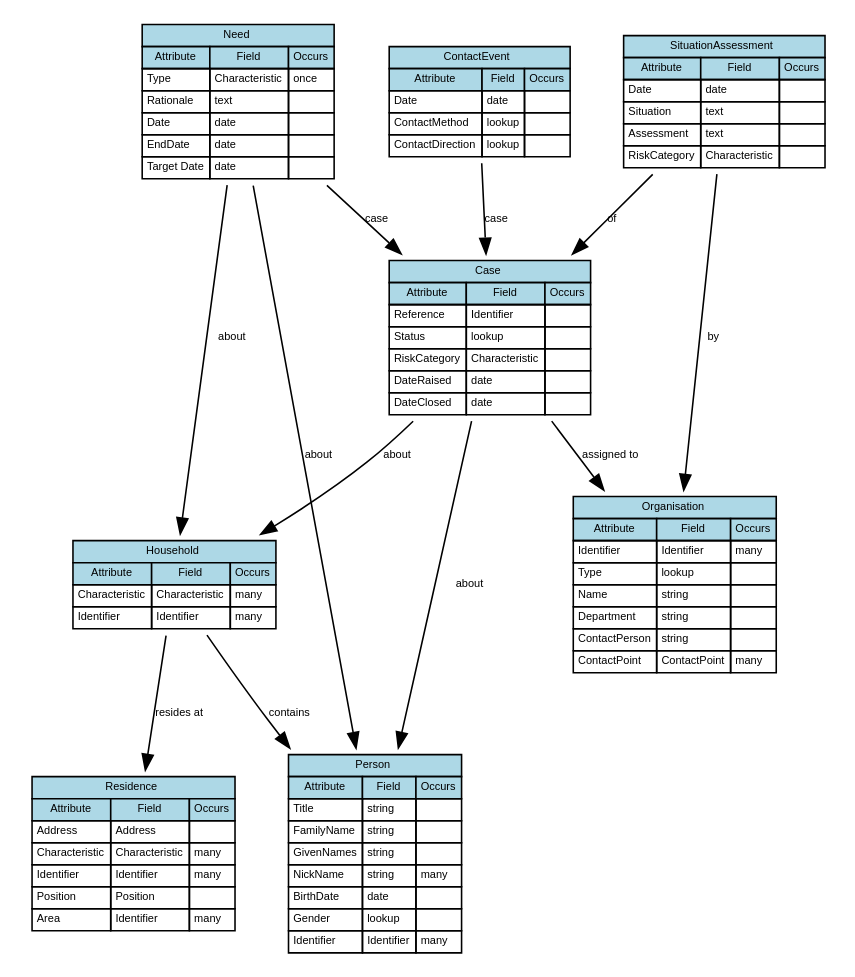
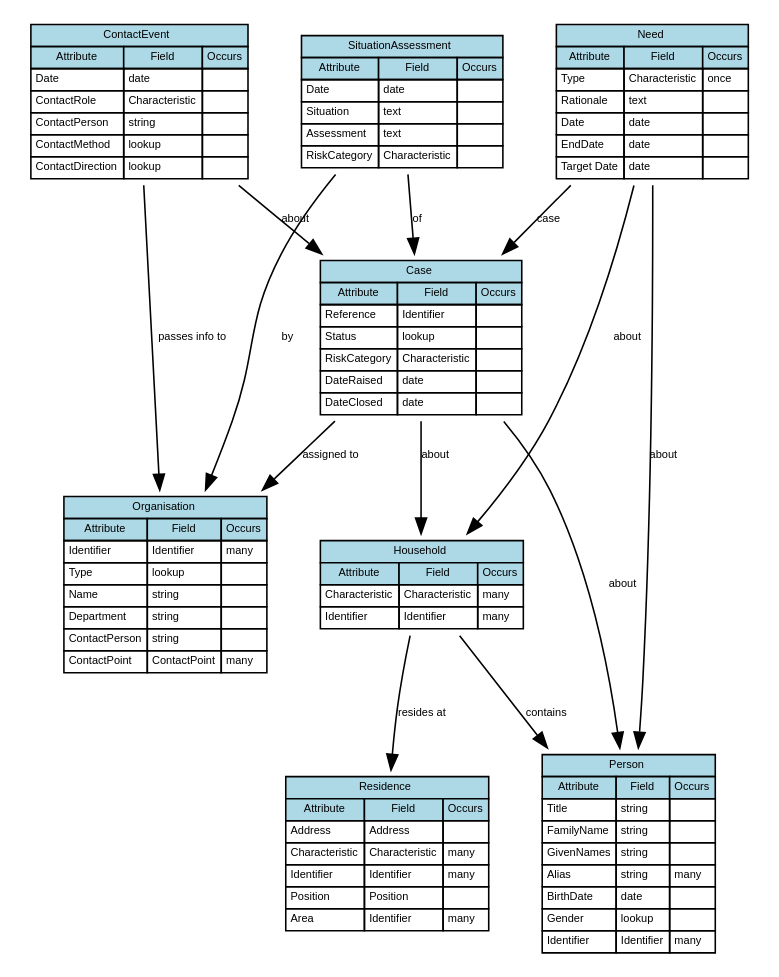
One commit to PaulDav/ModelVisual changed the diagram in graph_output/use_cases/Assess a Case.gv. Above: the diagram before and after it, drawn with Graphviz. The commit also changed 54 other files, not shown here.

Commit message:
Added Entity Attributes Regenerated diagrams and csv

```diff
--- a/graph_output/use_cases/Assess a Case.gv
+++ b/graph_output/use_cases/Assess a Case.gv
@@ -1,24 +1,25 @@
 digraph {
 	graph [overlap=false splines=true]
 	node [black=black color=black fillcolor=lightblue fontname=Arial fontsize=7]
 	edge [fontname=Arial fontsize=7 labelfontname=Arial labelfontsize=7 len=3.0]
 	Case [label=<<table border='0' cellborder='1' cellspacing='0'><tr><td colspan='3' bgcolor='lightblue'> Case</td></tr><tr><td bgcolor='lightblue'>Attribute</td><td bgcolor='lightblue'>Field</td><td bgcolor='lightblue'>Occurs</td></tr><tr><td align='left' balign='left' valign='top'>Reference</td><td align='left' balign='left' valign='top'>Identifier</td><td align='left' balign='left' valign='top'></td></tr><tr><td align='left' balign='left' valign='top'>Status</td><td align='left' balign='left' valign='top'>lookup</td><td align='left' balign='left' valign='top'></td></tr><tr><td align='left' balign='left' valign='top'>RiskCategory</td><td align='left' balign='left' valign='top'>Characteristic</td><td align='left' balign='left' valign='top'></td></tr><tr><td align='left' balign='left' valign='top'>DateRaised</td><td align='left' balign='left' valign='top'>date</td><td align='left' balign='left' valign='top'></td></tr><tr><td align='left' balign='left' valign='top'>DateClosed</td><td align='left' balign='left' valign='top'>date</td><td align='left' balign='left' valign='top'></td></tr></table>> URL="#Case" shape=plaintext]
-	ContactEvent [label=<<table border='0' cellborder='1' cellspacing='0'><tr><td colspan='3' bgcolor='lightblue'> ContactEvent</td></tr><tr><td bgcolor='lightblue'>Attribute</td><td bgcolor='lightblue'>Field</td><td bgcolor='lightblue'>Occurs</td></tr><tr><td align='left' balign='left' valign='top'>Date</td><td align='left' balign='left' valign='top'>date</td><td align='left' balign='left' valign='top'></td></tr><tr><td align='left' balign='left' valign='top'>ContactMethod</td><td align='left' balign='left' valign='top'>lookup</td><td align='left' balign='left' valign='top'></td></tr><tr><td align='left' balign='left' valign='top'>ContactDirection</td><td align='left' balign='left' valign='top'>lookup</td><td align='left' balign='left' valign='top'></td></tr></table>> URL="#ContactEvent" shape=plaintext]
+	ContactEvent [label=<<table border='0' cellborder='1' cellspacing='0'><tr><td colspan='3' bgcolor='lightblue'> ContactEvent</td></tr><tr><td bgcolor='lightblue'>Attribute</td><td bgcolor='lightblue'>Field</td><td bgcolor='lightblue'>Occurs</td></tr><tr><td align='left' balign='left' valign='top'>Date</td><td align='left' balign='left' valign='top'>date</td><td align='left' balign='left' valign='top'></td></tr><tr><td align='left' balign='left' valign='top'>ContactRole</td><td align='left' balign='left' valign='top'>Characteristic</td><td align='left' balign='left' valign='top'></td></tr><tr><td align='left' balign='left' valign='top'>ContactPerson</td><td align='left' balign='left' valign='top'>string</td><td align='left' balign='left' valign='top'></td></tr><tr><td align='left' balign='left' valign='top'>ContactMethod</td><td align='left' balign='left' valign='top'>lookup</td><td align='left' balign='left' valign='top'></td></tr><tr><td align='left' balign='left' valign='top'>ContactDirection</td><td align='left' balign='left' valign='top'>lookup</td><td align='left' balign='left' valign='top'></td></tr></table>> URL="#ContactEvent" shape=plaintext]
 	Household [label=<<table border='0' cellborder='1' cellspacing='0'><tr><td colspan='3' bgcolor='lightblue'> Household</td></tr><tr><td bgcolor='lightblue'>Attribute</td><td bgcolor='lightblue'>Field</td><td bgcolor='lightblue'>Occurs</td></tr><tr><td align='left' balign='left' valign='top'>Characteristic</td><td align='left' balign='left' valign='top'>Characteristic</td><td align='left' balign='left' valign='top'>many</td></tr><tr><td align='left' balign='left' valign='top'>Identifier</td><td align='left' balign='left' valign='top'>Identifier</td><td align='left' balign='left' valign='top'>many</td></tr></table>> URL="#Household" shape=plaintext]
 	Need [label=<<table border='0' cellborder='1' cellspacing='0'><tr><td colspan='3' bgcolor='lightblue'> Need</td></tr><tr><td bgcolor='lightblue'>Attribute</td><td bgcolor='lightblue'>Field</td><td bgcolor='lightblue'>Occurs</td></tr><tr><td align='left' balign='left' valign='top'>Type</td><td align='left' balign='left' valign='top'>Characteristic</td><td align='left' balign='left' valign='top'>once</td></tr><tr><td align='left' balign='left' valign='top'>Rationale</td><td align='left' balign='left' valign='top'>text</td><td align='left' balign='left' valign='top'></td></tr><tr><td align='left' balign='left' valign='top'>Date</td><td align='left' balign='left' valign='top'>date</td><td align='left' balign='left' valign='top'></td></tr><tr><td align='left' balign='left' valign='top'>EndDate</td><td align='left' balign='left' valign='top'>date</td><td align='left' balign='left' valign='top'></td></tr><tr><td align='left' balign='left' valign='top'>Target Date</td><td align='left' balign='left' valign='top'>date</td><td align='left' balign='left' valign='top'></td></tr></table>> URL="#Need" shape=plaintext]
 	Organisation [label=<<table border='0' cellborder='1' cellspacing='0'><tr><td colspan='3' bgcolor='lightblue'> Organisation</td></tr><tr><td bgcolor='lightblue'>Attribute</td><td bgcolor='lightblue'>Field</td><td bgcolor='lightblue'>Occurs</td></tr><tr><td align='left' balign='left' valign='top'>Identifier</td><td align='left' balign='left' valign='top'>Identifier</td><td align='left' balign='left' valign='top'>many</td></tr><tr><td align='left' balign='left' valign='top'>Type</td><td align='left' balign='left' valign='top'>lookup</td><td align='left' balign='left' valign='top'></td></tr><tr><td align='left' balign='left' valign='top'>Name</td><td align='left' balign='left' valign='top'>string</td><td align='left' balign='left' valign='top'></td></tr><tr><td align='left' balign='left' valign='top'>Department</td><td align='left' balign='left' valign='top'>string</td><td align='left' balign='left' valign='top'></td></tr><tr><td align='left' balign='left' valign='top'>ContactPerson</td><td align='left' balign='left' valign='top'>string</td><td align='left' balign='left' valign='top'></td></tr><tr><td align='left' balign='left' valign='top'>ContactPoint</td><td align='left' balign='left' valign='top'>ContactPoint</td><td align='left' balign='left' valign='top'>many</td></tr></table>> URL="#Organisation" shape=plaintext]
-	Person [label=<<table border='0' cellborder='1' cellspacing='0'><tr><td colspan='3' bgcolor='lightblue'> Person</td></tr><tr><td bgcolor='lightblue'>Attribute</td><td bgcolor='lightblue'>Field</td><td bgcolor='lightblue'>Occurs</td></tr><tr><td align='left' balign='left' valign='top'>Title</td><td align='left' balign='left' valign='top'>string</td><td align='left' balign='left' valign='top'></td></tr><tr><td align='left' balign='left' valign='top'>FamilyName</td><td align='left' balign='left' valign='top'>string</td><td align='left' balign='left' valign='top'></td></tr><tr><td align='left' balign='left' valign='top'>GivenNames</td><td align='left' balign='left' valign='top'>string</td><td align='left' balign='left' valign='top'></td></tr><tr><td align='left' balign='left' valign='top'>NickName</td><td align='left' balign='left' valign='top'>string</td><td align='left' balign='left' valign='top'>many</td></tr><tr><td align='left' balign='left' valign='top'>BirthDate</td><td align='left' balign='left' valign='top'>date</td><td align='left' balign='left' valign='top'></td></tr><tr><td align='left' balign='left' valign='top'>Gender</td><td align='left' balign='left' valign='top'>lookup</td><td align='left' balign='left' valign='top'></td></tr><tr><td align='left' balign='left' valign='top'>Identifier</td><td align='left' balign='left' valign='top'>Identifier</td><td align='left' balign='left' valign='top'>many</td></tr></table>> URL="#Person" shape=plaintext]
+	Person [label=<<table border='0' cellborder='1' cellspacing='0'><tr><td colspan='3' bgcolor='lightblue'> Person</td></tr><tr><td bgcolor='lightblue'>Attribute</td><td bgcolor='lightblue'>Field</td><td bgcolor='lightblue'>Occurs</td></tr><tr><td align='left' balign='left' valign='top'>Title</td><td align='left' balign='left' valign='top'>string</td><td align='left' balign='left' valign='top'></td></tr><tr><td align='left' balign='left' valign='top'>FamilyName</td><td align='left' balign='left' valign='top'>string</td><td align='left' balign='left' valign='top'></td></tr><tr><td align='left' balign='left' valign='top'>GivenNames</td><td align='left' balign='left' valign='top'>string</td><td align='left' balign='left' valign='top'></td></tr><tr><td align='left' balign='left' valign='top'>Alias</td><td align='left' balign='left' valign='top'>string</td><td align='left' balign='left' valign='top'>many</td></tr><tr><td align='left' balign='left' valign='top'>BirthDate</td><td align='left' balign='left' valign='top'>date</td><td align='left' balign='left' valign='top'></td></tr><tr><td align='left' balign='left' valign='top'>Gender</td><td align='left' balign='left' valign='top'>lookup</td><td align='left' balign='left' valign='top'></td></tr><tr><td align='left' balign='left' valign='top'>Identifier</td><td align='left' balign='left' valign='top'>Identifier</td><td align='left' balign='left' valign='top'>many</td></tr></table>> URL="#Person" shape=plaintext]
 	Residence [label=<<table border='0' cellborder='1' cellspacing='0'><tr><td colspan='3' bgcolor='lightblue'> Residence</td></tr><tr><td bgcolor='lightblue'>Attribute</td><td bgcolor='lightblue'>Field</td><td bgcolor='lightblue'>Occurs</td></tr><tr><td align='left' balign='left' valign='top'>Address</td><td align='left' balign='left' valign='top'>Address</td><td align='left' balign='left' valign='top'></td></tr><tr><td align='left' balign='left' valign='top'>Characteristic</td><td align='left' balign='left' valign='top'>Characteristic</td><td align='left' balign='left' valign='top'>many</td></tr><tr><td align='left' balign='left' valign='top'>Identifier</td><td align='left' balign='left' valign='top'>Identifier</td><td align='left' balign='left' valign='top'>many</td></tr><tr><td align='left' balign='left' valign='top'>Position</td><td align='left' balign='left' valign='top'>Position</td><td align='left' balign='left' valign='top'></td></tr><tr><td align='left' balign='left' valign='top'>Area</td><td align='left' balign='left' valign='top'>Identifier</td><td align='left' balign='left' valign='top'>many</td></tr></table>> URL="#Residence" shape=plaintext]
 	SituationAssessment [label=<<table border='0' cellborder='1' cellspacing='0'><tr><td colspan='3' bgcolor='lightblue'> SituationAssessment</td></tr><tr><td bgcolor='lightblue'>Attribute</td><td bgcolor='lightblue'>Field</td><td bgcolor='lightblue'>Occurs</td></tr><tr><td align='left' balign='left' valign='top'>Date</td><td align='left' balign='left' valign='top'>date</td><td align='left' balign='left' valign='top'></td></tr><tr><td align='left' balign='left' valign='top'>Situation</td><td align='left' balign='left' valign='top'>text</td><td align='left' balign='left' valign='top'></td></tr><tr><td align='left' balign='left' valign='top'>Assessment</td><td align='left' balign='left' valign='top'>text</td><td align='left' balign='left' valign='top'></td></tr><tr><td align='left' balign='left' valign='top'>RiskCategory</td><td align='left' balign='left' valign='top'>Characteristic</td><td align='left' balign='left' valign='top'></td></tr></table>> URL="#SituationAssessment" shape=plaintext]
 	Case -> Person [label=about]
 	Case -> Household [label=about]
 	Case -> Organisation [label="assigned to"]
-	ContactEvent -> Case [label=case]
+	ContactEvent -> Case [label=about]
+	ContactEvent -> Organisation [label="passes info to"]
 	Household -> Residence [label="resides at"]
 	Household -> Person [label=contains]
 	Need -> Person [label=about]
 	Need -> Household [label=about]
 	Need -> Case [label=case]
 	SituationAssessment -> Organisation [label=by]
 	SituationAssessment -> Case [label=of]
 }
```
